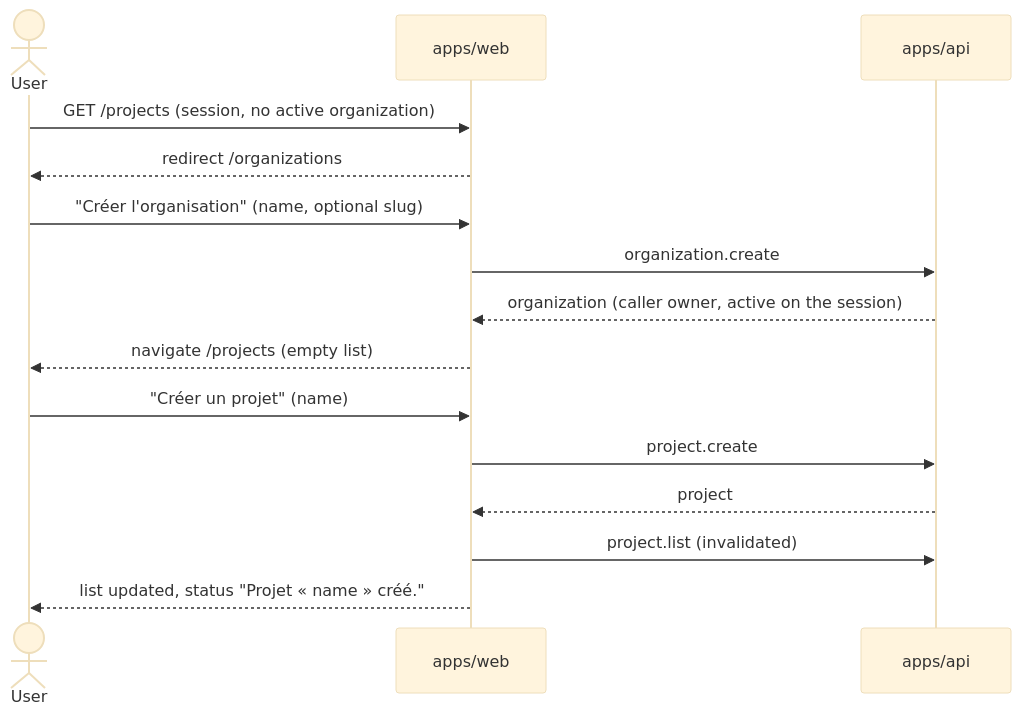
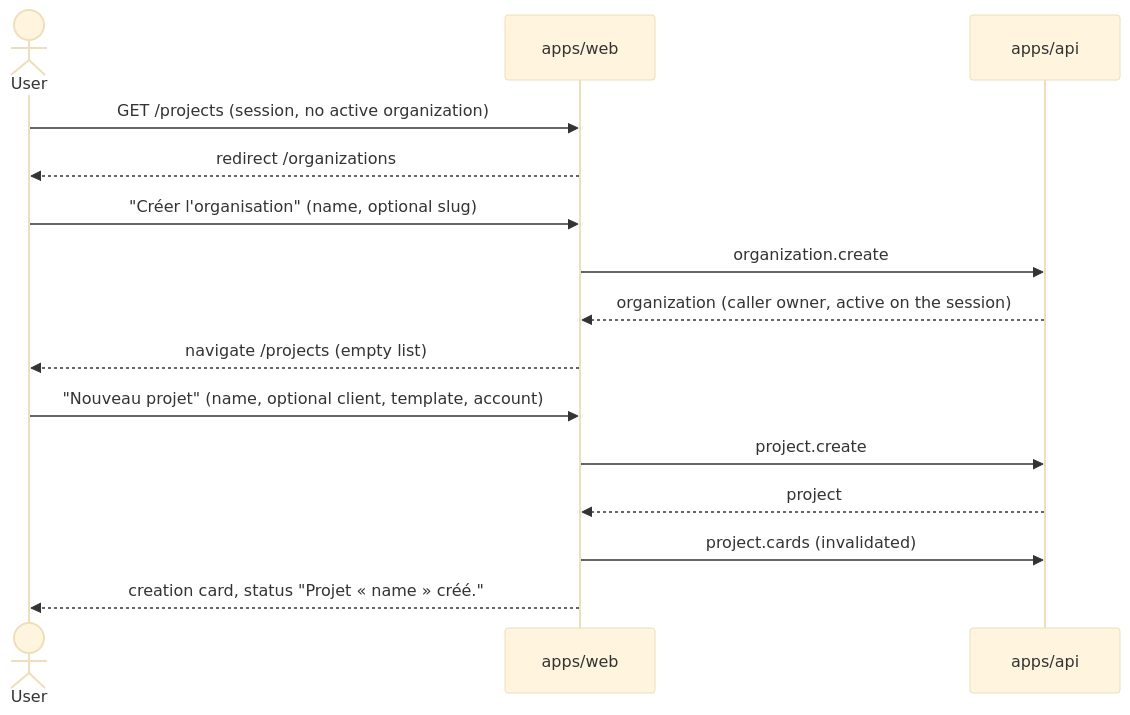
Diagram 25 of 55 in docs/architecture.md (koklo-dev/koklo), drawn with Mermaid (base theme) before and after one commit. The commit also changed other lines of this file and 267 other files, not shown here.

````diff
--- a/docs/architecture.md
+++ b/docs/architecture.md
@@ -753,17 +753,17 @@
 ```mermaid
 sequenceDiagram
   actor U as User
   participant W as apps/web
   participant A as apps/api
   U->>W: GET /projects (session, no active organization)
   W-->>U: redirect /organizations
   U->>W: "Créer l'organisation" (name, optional slug)
   W->>A: organization.create
   A-->>W: organization (caller owner, active on the session)
   W-->>U: navigate /projects (empty list)
-  U->>W: "Créer un projet" (name)
+  U->>W: "Nouveau projet" (name, optional client, template, account)
   W->>A: project.create
   A-->>W: project
-  W->>A: project.list (invalidated)
-  W-->>U: list updated, status "Projet « name » créé."
+  W->>A: project.cards (invalidated)
+  W-->>U: creation card, status "Projet « name » créé."
 ```
````
